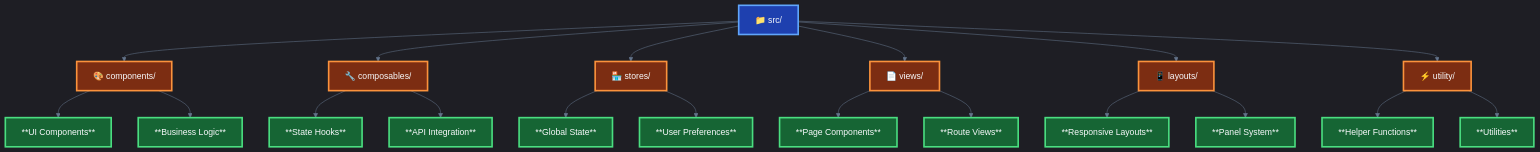
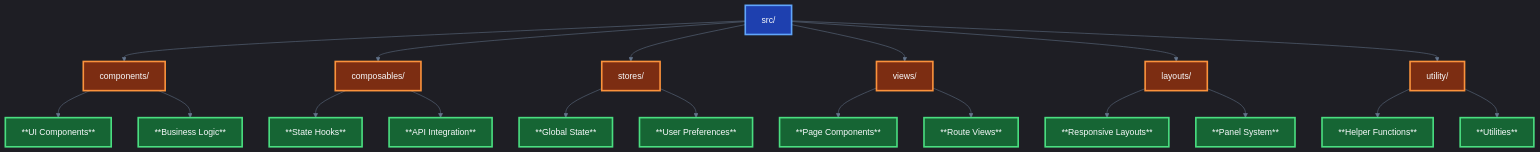
The second of 3 diagrams in packages/frontend-main/ARCHITECTURE.md (allinbits/dither.chat), drawn with Mermaid before and after one commit. The commit also changed other lines of this file and 2 other files, not shown here.

````diff
--- a/packages/frontend-main/ARCHITECTURE.md
+++ b/packages/frontend-main/ARCHITECTURE.md
@@ -84,36 +84,36 @@
 ```mermaid
 %%{init: {'theme':'dark', 'themeVariables': { 'primaryColor': '#1e40af', 'primaryTextColor': '#f8fafc', 'primaryBorderColor': '#60a5fa', 'lineColor': '#64748b', 'secondaryColor': '#1e293b', 'tertiaryColor': '#334155'}}}%%
 graph TD
-    A[📁 src/] --> B[🎨 components/]
-    A --> C[🔧 composables/]
-    A --> D[🏪 stores/]
-    A --> E[📄 views/]
-    A --> F[📱 layouts/]
-    A --> G[⚡ utility/]
+    A[src/] --> B[components/]
+    A --> C[composables/]
+    A --> D[stores/]
+    A --> E[views/]
+    A --> F[layouts/]
+    A --> G[utility/]
 
     B --> B1[**UI Components**]
     B --> B2[**Business Logic**]
 
     C --> C1[**State Hooks**]
     C --> C2[**API Integration**]
 
     D --> D1[**Global State**]
     D --> D2[**User Preferences**]
 
     E --> E1[**Page Components**]
     E --> E2[**Route Views**]
 
     F --> F1[**Responsive Layouts**]
     F --> F2[**Panel System**]
 
     G --> G1[**Helper Functions**]
     G --> G2[**Utilities**]
 
     classDef folder fill:#1e40af,stroke:#60a5fa,stroke-width:3px,color:#f8fafc
     classDef category fill:#7c2d12,stroke:#fb923c,stroke-width:3px,color:#f8fafc
     classDef feature fill:#166534,stroke:#4ade80,stroke-width:3px,color:#f8fafc
 
     class A folder
     class B,C,D,E,F,G category
     class B1,B2,C1,C2,D1,D2,E1,E2,F1,F2,G1,G2 feature
 ```
````
